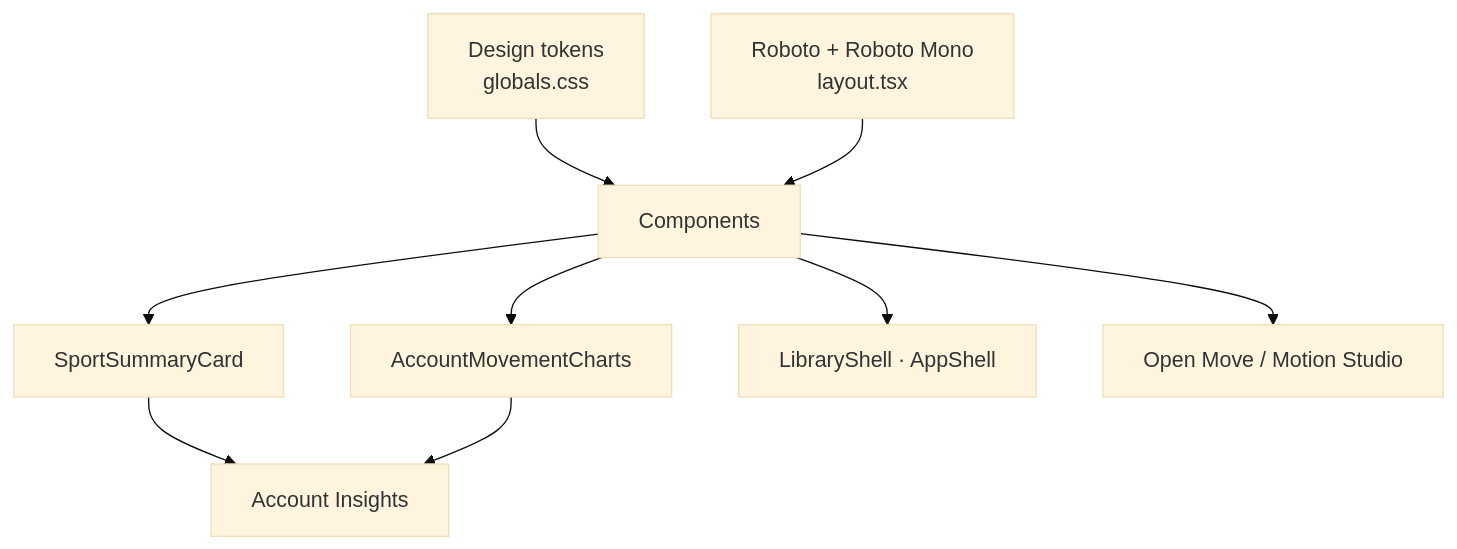
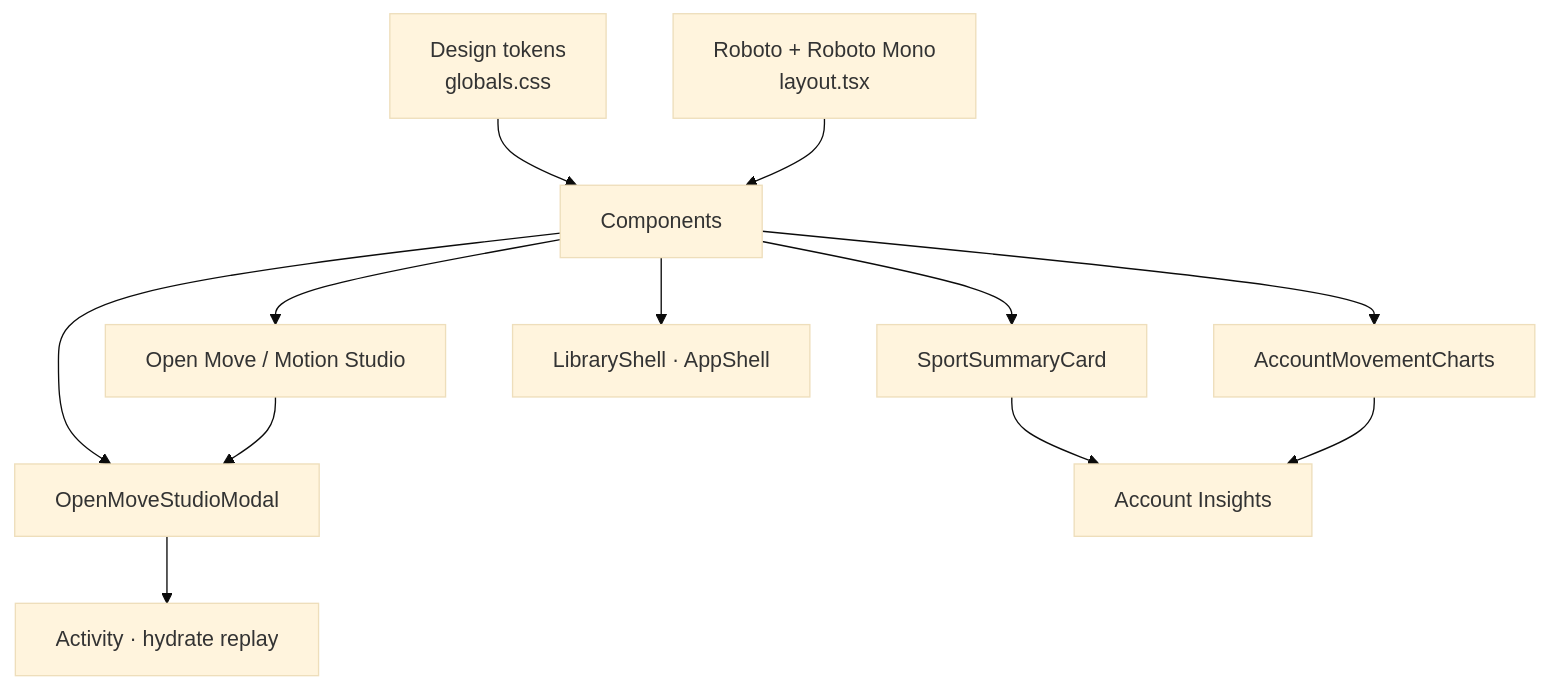
The fourth of 4 diagrams in README.md (mova-atletica/mova-mvp-dev-01), drawn with Mermaid (base theme) before and after one commit. The commit also changed other lines of this file and 1 other file, not shown here.

````diff
--- a/README.md
+++ b/README.md
@@ -148,11 +142,14 @@
 ```mermaid
 flowchart TB
   TOK["Design tokens<br/>globals.css"] --> COMP["Components"]
   TYPE["Roboto + Roboto Mono<br/>layout.tsx"] --> COMP
   COMP --> SCORE["SportSummaryCard"]
   COMP --> CHART["AccountMovementCharts"]
   COMP --> SHELL["LibraryShell · AppShell"]
   COMP --> STUDIO["Open Move / Motion Studio"]
+  COMP --> MODAL["OpenMoveStudioModal"]
   SCORE --> SURF["Account Insights"]
   CHART --> SURF
+  STUDIO --> MODAL
+  MODAL --> ACT["Activity · hydrate replay"]
 ```
````
